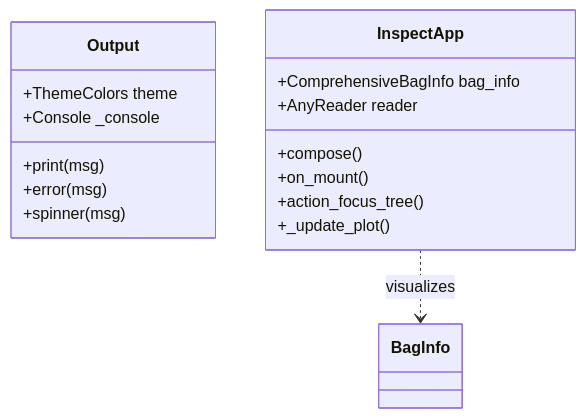
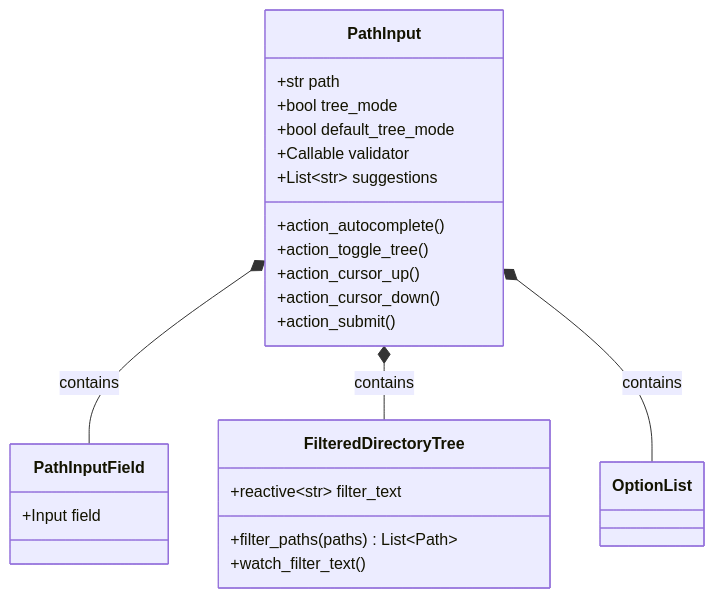
The third of 7 diagrams in docs/design.md (hanxiaomax/rose), drawn with Mermaid before and after one commit. The commit also changed other lines of this file and 5 other files, not shown here.

````diff
--- a/docs/design.md
+++ b/docs/design.md
@@ -52,21 +106,29 @@
 ```mermaid
 classDiagram
-    class Output {
-        +ThemeColors theme
-        +Console _console
-        +print(msg)
-        +error(msg)
-        +spinner(msg)
+    class PathInput {
+        +str path
+        +bool tree_mode
+        +bool default_tree_mode
+        +Callable validator
+        +List~str~ suggestions
+        +action_autocomplete()
+        +action_toggle_tree()
+        +action_cursor_up()
+        +action_cursor_down()
+        +action_submit()
     }
 
-    class InspectApp {
-        +ComprehensiveBagInfo bag_info
-        +AnyReader reader
-        +compose()
-        +on_mount()
-        +action_focus_tree()
-        +_update_plot()
+    class FilteredDirectoryTree {
+        +reactive~str~ filter_text
+        +filter_paths(paths) List~Path~
+        +watch_filter_text()
     }
 
-    InspectApp ..> BagInfo : visualizes
+    class PathInputField {
+        +Input field
+    }
+
+    PathInput *-- PathInputField : contains
+    PathInput *-- FilteredDirectoryTree : contains
+    PathInput *-- OptionList : contains
 ```
````
